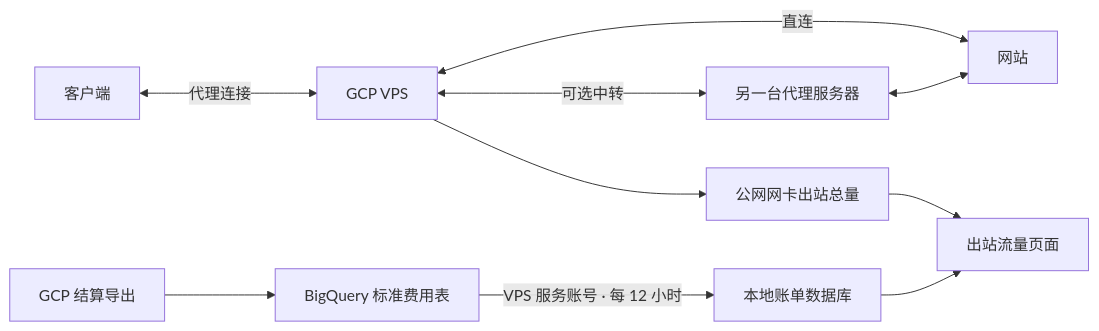
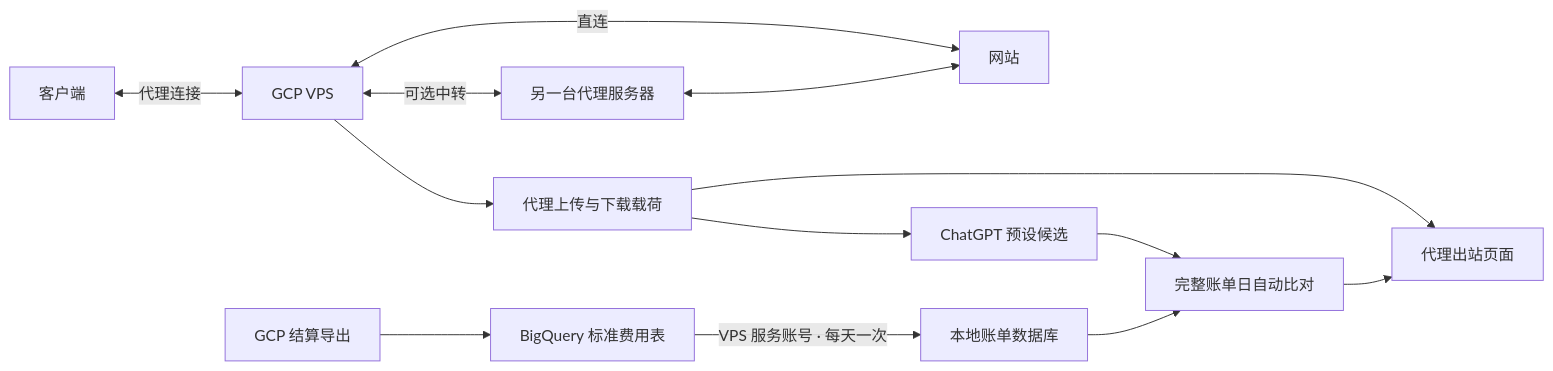
Before and after one commit to JamesAlaHZS/s-ui-gpc-optimize: the diagram in docs/egress-and-billing.zh-CN.md, drawn with Mermaid. The commit also changed other lines of this file and 25 other files, not shown here.

Commit message:
Focus proxy payload review on ChatGPT candidates and daily carrier billing analysis

````diff
--- a/docs/egress-and-billing.zh-CN.md
+++ b/docs/egress-and-billing.zh-CN.md
@@ -16,12 +16,15 @@
 ```mermaid
 flowchart LR
   C[客户端] <-->|代理连接| V[GCP VPS]
   V <-->|直连| W[网站]
   V <-->|可选中转| R[另一台代理服务器]
   R <--> W
-  V --> TX[公网网卡出站总量]
+  V --> P[代理上传与下载载荷]
+  P --> G[ChatGPT 预设候选]
   B[GCP 结算导出] --> Q[BigQuery 标准费用表]
-  Q -->|VPS 服务账号 · 每 12 小时| D[本地账单数据库]
-  TX --> UI[出站流量页面]
-  D --> UI
+  Q -->|VPS 服务账号 · 每天一次| D[本地账单数据库]
+  G --> A[完整账单日自动比对]
+  D --> A
+  P --> UI[代理出站页面]
+  A --> UI
 ```
````
